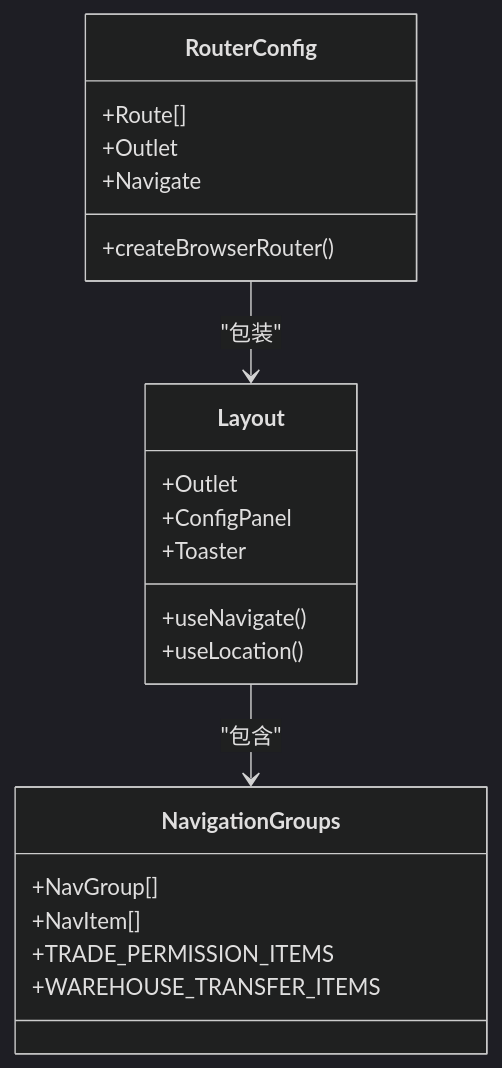
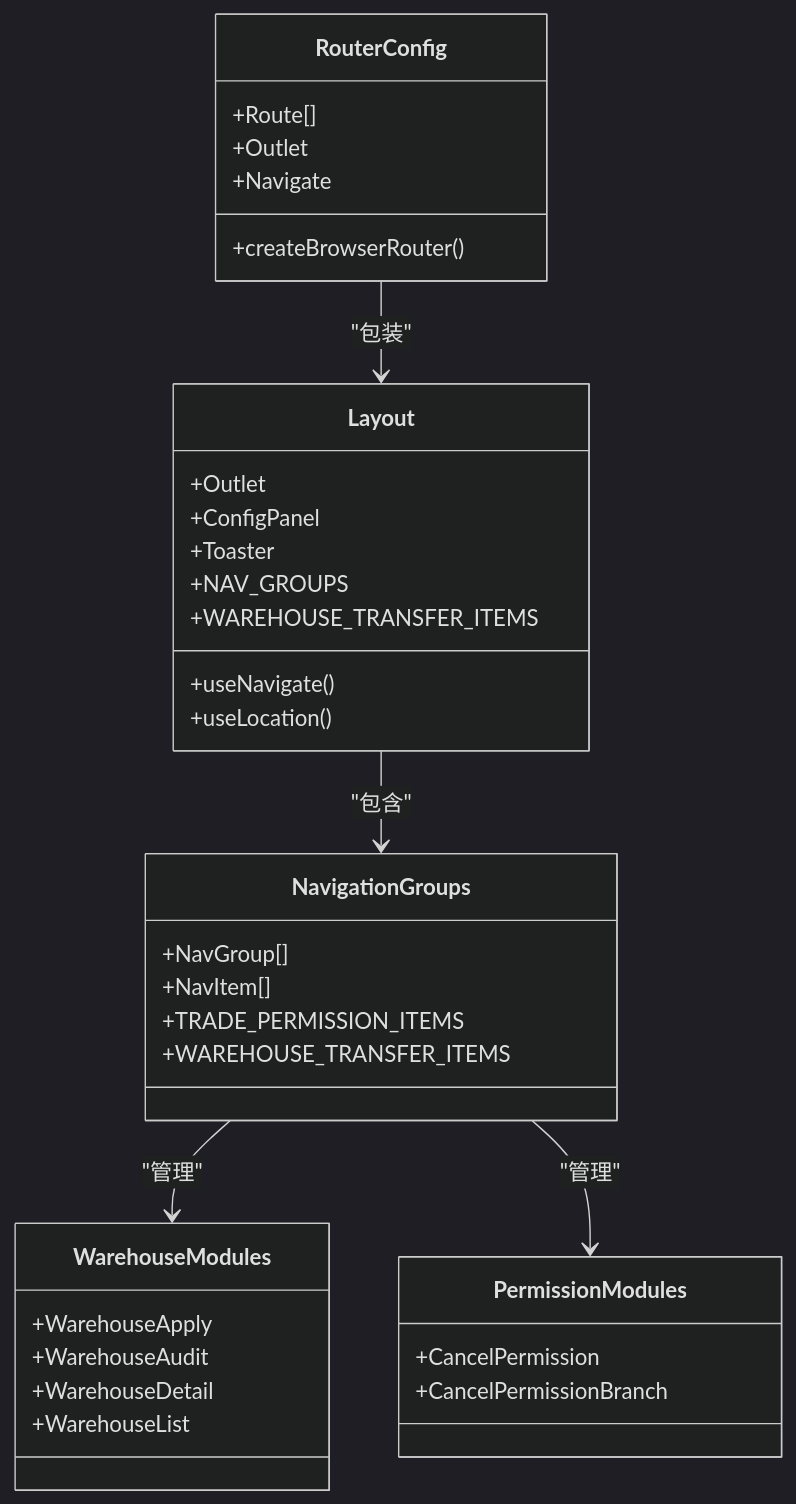
One commit to chinak/permission_apply changed the second of 13 diagrams in .qoder/repowiki/zh/content/路由和导航系统/路由和导航系统.md. Above: the diagram before and after it, drawn with Mermaid (dark theme). The commit also changed other lines of this file and 94 other files, not shown here.

````diff
--- a/.qoder/repowiki/zh/content/路由和导航系统/路由和导航系统.md
+++ b/.qoder/repowiki/zh/content/路由和导航系统/路由和导航系统.md
@@ -75,24 +97,38 @@
 ```mermaid
 classDiagram
 class RouterConfig {
 +createBrowserRouter()
 +Route[]
 +Outlet
 +Navigate
 }
 class Layout {
 +Outlet
 +useNavigate()
 +useLocation()
 +ConfigPanel
 +Toaster
++NAV_GROUPS
++WAREHOUSE_TRANSFER_ITEMS
 }
 class NavigationGroups {
 +NavGroup[]
 +NavItem[]
 +TRADE_PERMISSION_ITEMS
 +WAREHOUSE_TRANSFER_ITEMS
 }
+class WarehouseModules {
++WarehouseApply
++WarehouseAudit
++WarehouseDetail
++WarehouseList
+}
+class PermissionModules {
++CancelPermission
++CancelPermissionBranch
+}
 RouterConfig --> Layout : "包装"
 Layout --> NavigationGroups : "包含"
+NavigationGroups --> WarehouseModules : "管理"
+NavigationGroups --> PermissionModules : "管理"
 ```
````
